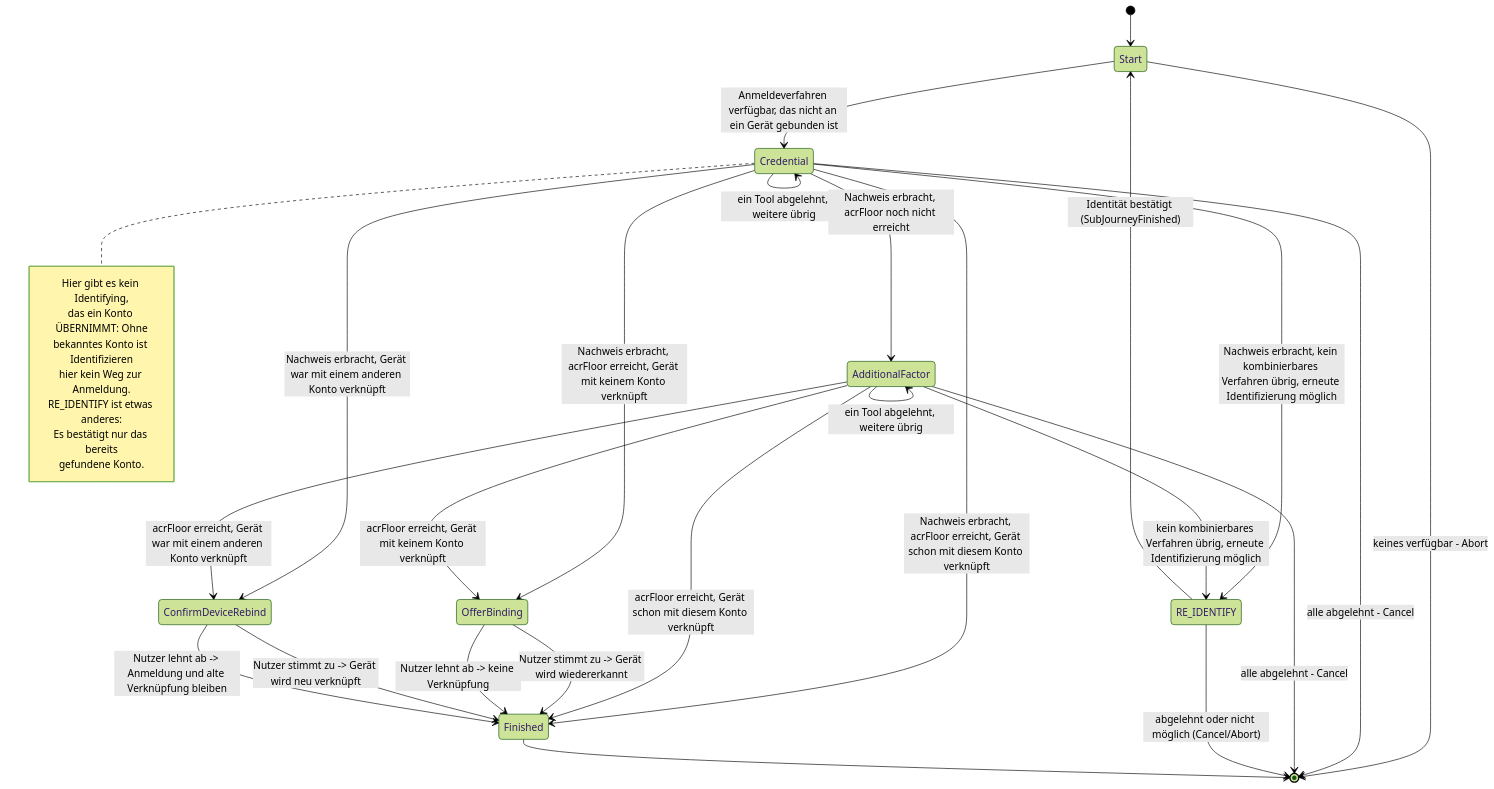
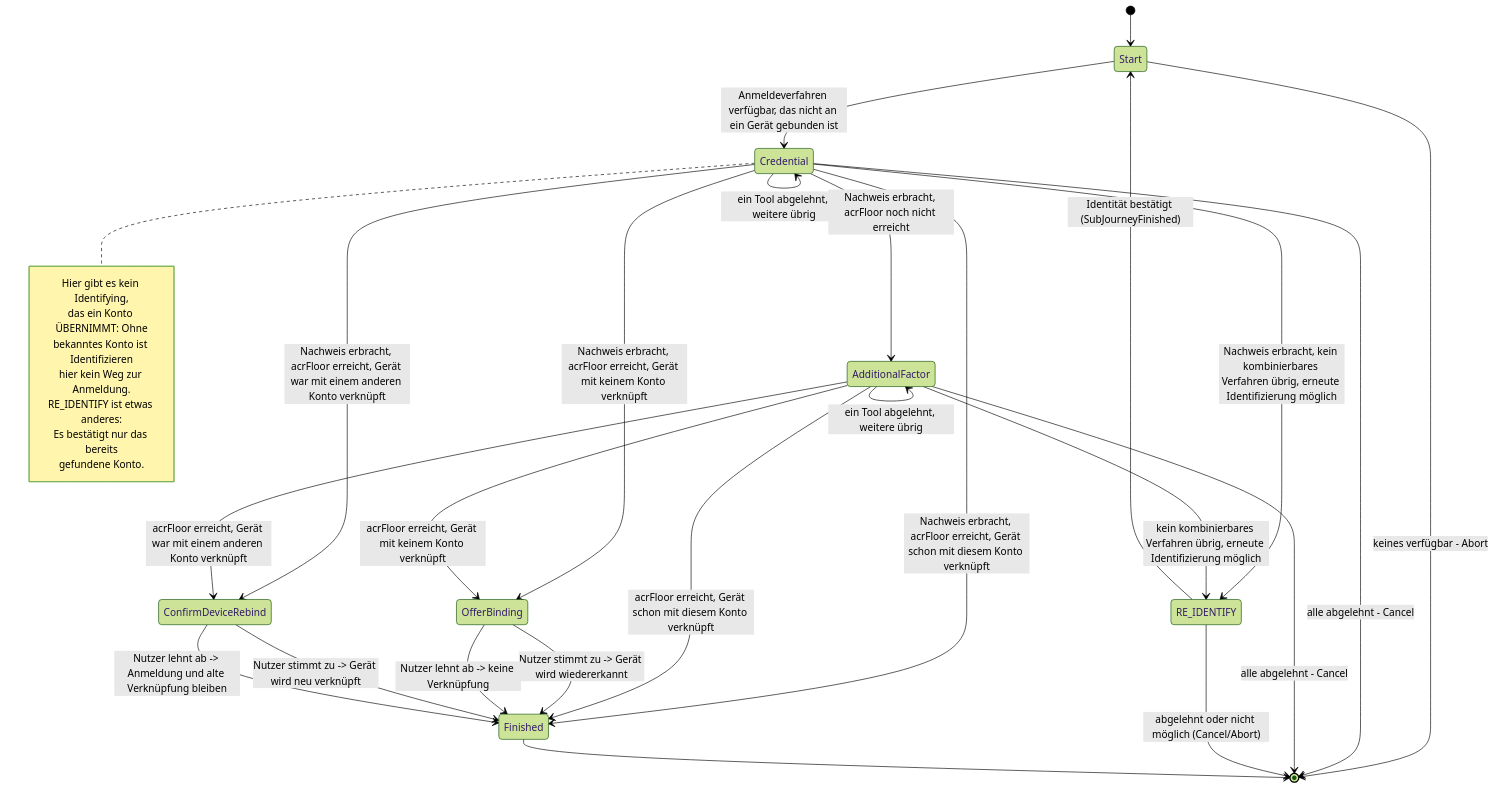
Before and after one commit to rpreissel/identity-demo: the diagram in docs/journeys/lookup-login.md, drawn with Mermaid (forest theme). The commit also changed other lines of this file and 62 other files, not shown here.

````diff
--- a/docs/journeys/lookup-login.md
+++ b/docs/journeys/lookup-login.md
@@ -14,36 +14,36 @@
 ```mermaid
 stateDiagram-v2
   [*] --> Start
   Start --> Credential: Anmeldeverfahren verfügbar, das nicht an ein Gerät gebunden ist
   Start --> [*]: keines verfügbar - Abort
   Credential --> Credential: ein Tool abgelehnt, weitere übrig
   Credential --> [*]: alle abgelehnt - Cancel
   Credential --> AdditionalFactor: Nachweis erbracht, acrFloor noch nicht erreicht
   Credential --> OfferBinding: Nachweis erbracht, acrFloor erreicht, Gerät mit keinem Konto verknüpft
   Credential --> Finished: Nachweis erbracht, acrFloor erreicht, Gerät schon mit diesem Konto verknüpft
-  Credential --> ConfirmDeviceRebind: Nachweis erbracht, Gerät war mit einem anderen Konto verknüpft
+  Credential --> ConfirmDeviceRebind: Nachweis erbracht, acrFloor erreicht, Gerät war mit einem anderen Konto verknüpft
   AdditionalFactor --> AdditionalFactor: ein Tool abgelehnt, weitere übrig
   AdditionalFactor --> [*]: alle abgelehnt - Cancel
   Credential --> RE_IDENTIFY: Nachweis erbracht, kein kombinierbares Verfahren übrig, erneute Identifizierung möglich
   AdditionalFactor --> OfferBinding: acrFloor erreicht, Gerät mit keinem Konto verknüpft
   AdditionalFactor --> Finished: acrFloor erreicht, Gerät schon mit diesem Konto verknüpft
   AdditionalFactor --> ConfirmDeviceRebind: acrFloor erreicht, Gerät war mit einem anderen Konto verknüpft
   AdditionalFactor --> RE_IDENTIFY: kein kombinierbares Verfahren übrig, erneute Identifizierung möglich
   RE_IDENTIFY --> Start: Identität bestätigt (SubJourneyFinished)
   RE_IDENTIFY --> [*]: abgelehnt oder nicht möglich (Cancel/Abort)
   OfferBinding --> Finished: Nutzer stimmt zu -> Gerät wird wiedererkannt
   OfferBinding --> Finished: Nutzer lehnt ab -> keine Verknüpfung
   ConfirmDeviceRebind --> Finished: Nutzer stimmt zu -> Gerät wird neu verknüpft
   ConfirmDeviceRebind --> Finished: Nutzer lehnt ab -> Anmeldung und alte Verknüpfung bleiben
   Finished --> [*]
 
   note right of Credential
     Hier gibt es kein Identifying,
     das ein Konto ÜBERNIMMT: Ohne
     bekanntes Konto ist Identifizieren
     hier kein Weg zur Anmeldung.
     RE_IDENTIFY ist etwas anderes:
     Es bestätigt nur das bereits
     gefundene Konto.
   end note
 ```
````
